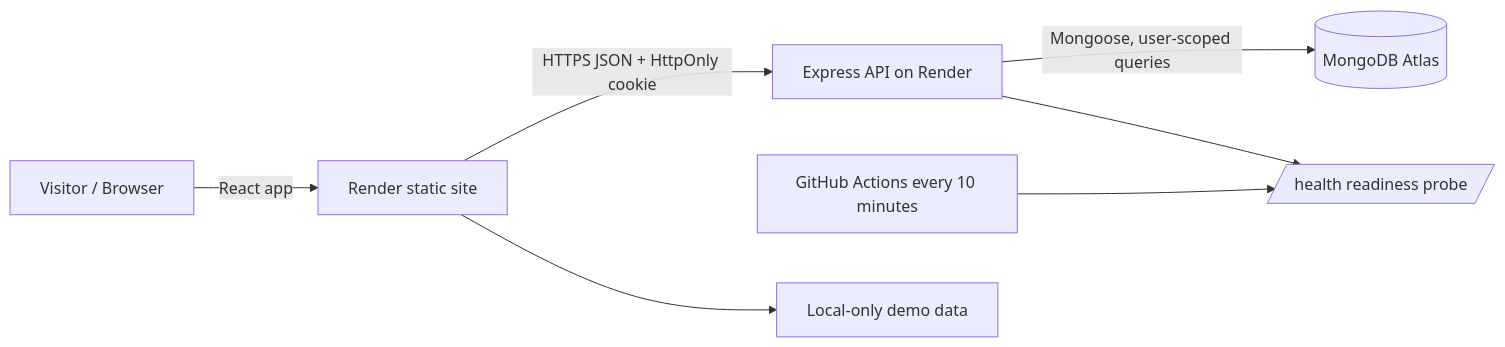
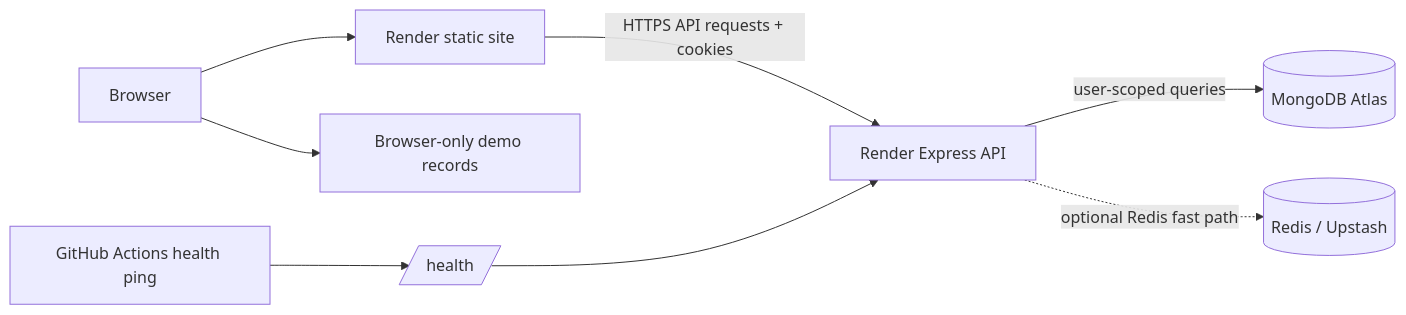
Before and after one commit to Only-Sameer/expense-tracker-mern: the first of 2 diagrams in README.md, drawn with Mermaid. The commit also changed other lines of this file and 56 other files, not shown here.

````diff
--- a/README.md
+++ b/README.md
@@ -35,9 +49,10 @@
-```mermaid
+~~~mermaid
 flowchart LR
-  V[Visitor / Browser] -->|React app| F[Render static site]
-  F -->|HTTPS JSON + HttpOnly cookie| A[Express API on Render]
-  A -->|Mongoose, user-scoped queries| M[(MongoDB Atlas)]
-  A --> H[/health readiness probe/]
-  G[GitHub Actions every 10 minutes] --> H
-  F --> D[Local-only demo data]
-```
+  B[Browser] --> W[Render static site]
+  W -->|HTTPS API requests + cookies| A[Render Express API]
+  A -->|user-scoped queries| M[(MongoDB Atlas)]
+  A -. optional Redis fast path .-> R[(Redis / Upstash)]
+  G[GitHub Actions health ping] --> H[/health/]
+  H --> A
+  B --> D[Browser-only demo records]
+~~~
````
